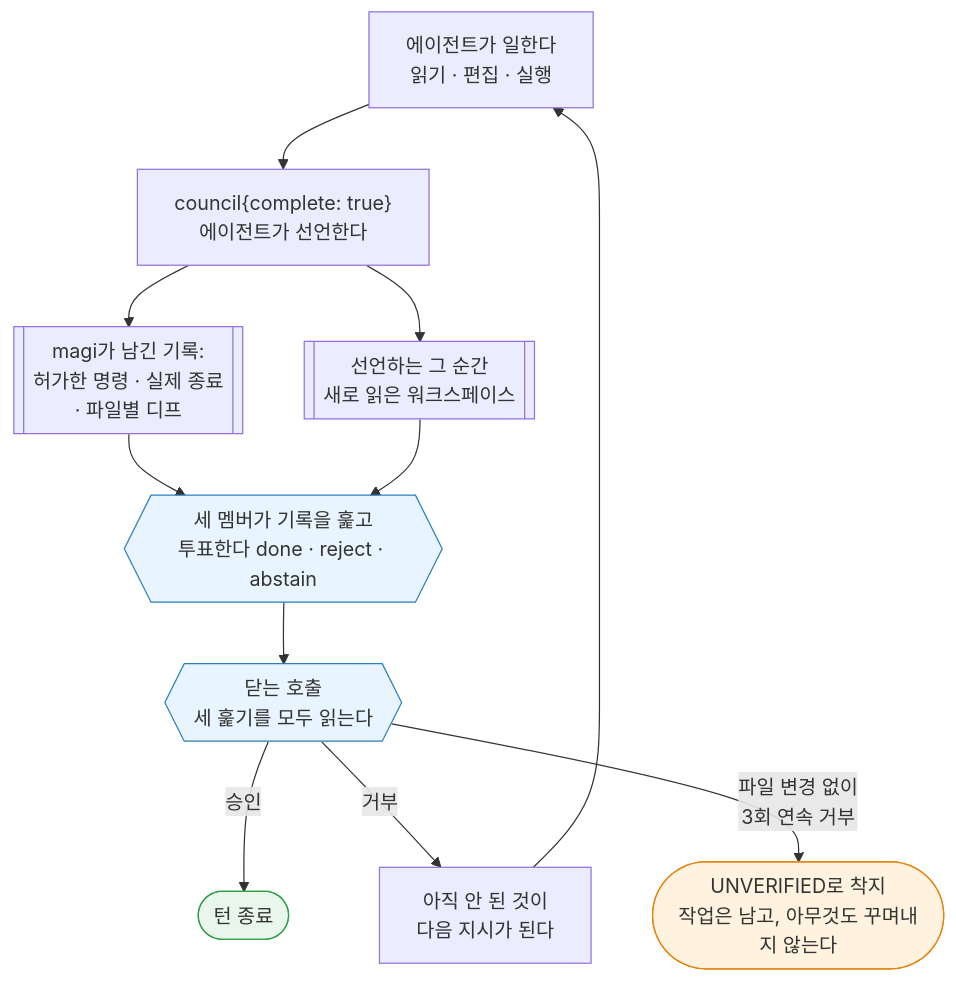
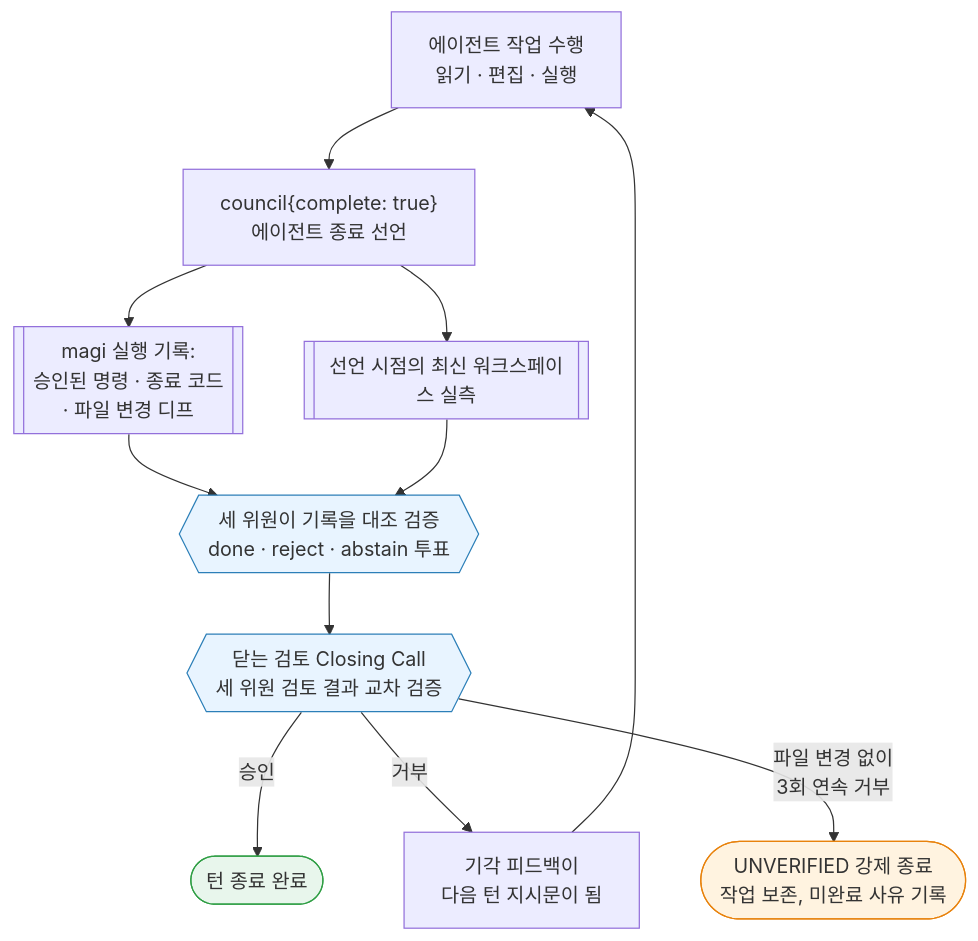
One commit to sayaya1090/magi changed the eighth of 19 diagrams in docs/MANUAL.ko.md. Above: the diagram before and after it, drawn with Mermaid. The commit also changed other lines of this file and 2 other files, not shown here.

````diff
--- a/docs/MANUAL.ko.md
+++ b/docs/MANUAL.ko.md
@@ -1154,17 +1056,17 @@
 ```mermaid
 flowchart TD
-    S[에이전트가 일한다<br/>읽기 · 편집 · 실행] --> D["council{complete: true}<br/>에이전트가 선언한다"]
-    D --> REC[[magi가 남긴 기록:<br/>허가한 명령 · 실제 종료<br/>· 파일별 디프]]
-    D --> NOW[[선언하는 그 순간<br/>새로 읽은 워크스페이스]]
-    REC --> M{{세 멤버가 기록을 훑고<br/>투표한다 done · reject · abstain}}
+    S[에이전트 작업 수행<br/>읽기 · 편집 · 실행] --> D["council{complete: true}<br/>에이전트 종료 선언"]
+    D --> REC[[magi 실행 기록:<br/>승인된 명령 · 종료 코드<br/>· 파일 변경 디프]]
+    D --> NOW[[선언 시점의 최신 워크스페이스 실측]]
+    REC --> M{{세 위원이 기록을 대조 검증<br/>done · reject · abstain 투표}}
     NOW --> M
-    M --> CL{{닫는 호출<br/>세 훑기를 모두 읽는다}}
-    CL -->|승인| E([턴 종료])
-    CL -->|거부| FB[아직 안 된 것이<br/>다음 지시가 된다] --> S
-    CL -->|파일 변경 없이<br/>3회 연속 거부| U([UNVERIFIED로 착지<br/>작업은 남고, 아무것도 꾸며내지 않는다])
+    M --> CL{{닫는 검토 Closing Call<br/>세 위원 검토 결과 교차 검증}}
+    CL -->|승인| E([턴 종료 완료])
+    CL -->|거부| FB[기각 피드백이<br/>다음 턴 지시문이 됨] --> S
+    CL -->|파일 변경 없이<br/>3회 연속 거부| U([UNVERIFIED 강제 종료<br/>작업 보존, 미완료 사유 기록])
 
     style E fill:#e8f6ec,stroke:#2f9e44
     style U fill:#fff3e0,stroke:#e8820c
     style M fill:#e8f4ff,stroke:#2c7fb8
     style CL fill:#e8f4ff,stroke:#2c7fb8
 ```
````
